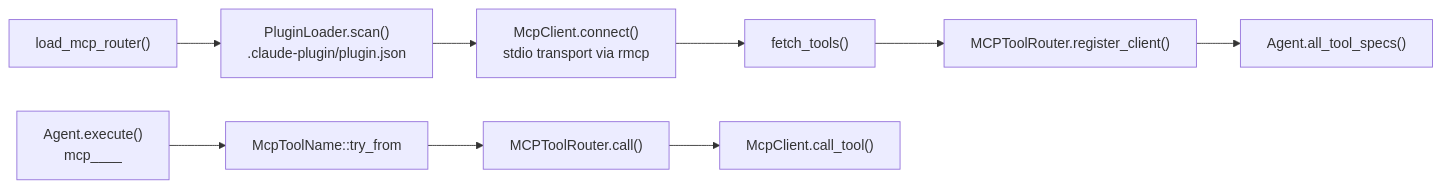
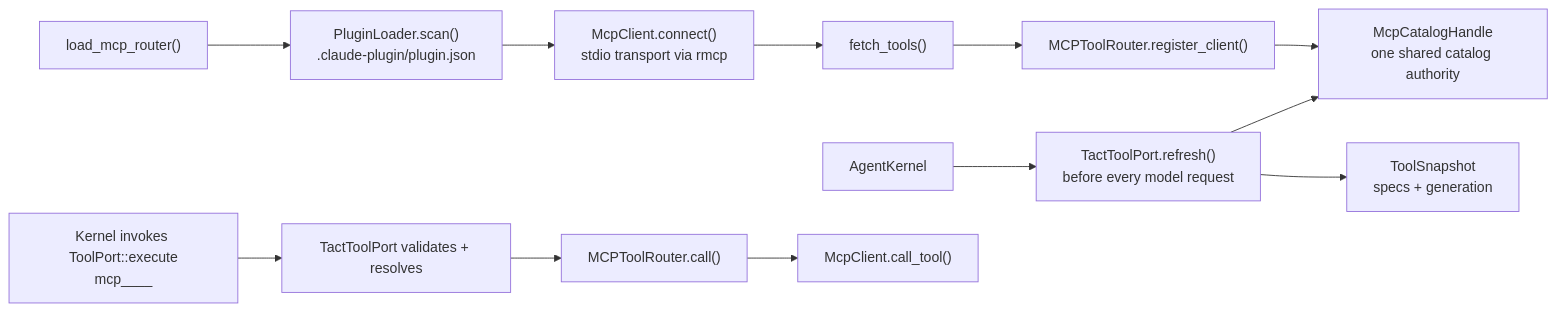
The fifth of 10 diagrams in ARCHITECTURE.md (rust-infra/tact), drawn with Mermaid before and after one commit. The commit also changed other lines of this file and 313 other files, not shown here.

First line of the commit message:
feat: agent kernel, embeddable agent SDK, and stable LLM provider SDK (#99)

````diff
--- a/ARCHITECTURE.md
+++ b/ARCHITECTURE.md
@@ -303,12 +428,16 @@
 ```mermaid
 flowchart LR
     Load["load_mcp_router()"] --> Scan["PluginLoader.scan()<br/>.claude-plugin/plugin.json"]
     Scan --> Connect["McpClient.connect()<br/>stdio transport via rmcp"]
     Connect --> Fetch["fetch_tools()"]
     Fetch --> Register["MCPToolRouter.register_client()"]
-    Register --> Agent["Agent.all_tool_specs()"]
+    Register --> Catalog["McpCatalogHandle<br/>one shared catalog authority"]
 
-    Call["Agent.execute()<br/>mcp__<server>__<tool>"] --> Parse["McpToolName::try_from"]
+    Kernel["AgentKernel"] --> Refresh["TactToolPort.refresh()<br/>before every model request"]
+    Refresh --> Catalog
+    Refresh --> Snapshot["ToolSnapshot<br/>specs + generation"]
+
+    Call["Kernel invokes ToolPort::execute<br/>mcp__<server>__<tool>"] --> Parse["TactToolPort validates + resolves"]
     Parse --> Route["MCPToolRouter.call()"]
     Route --> Client["McpClient.call_tool()"]
 ```
````
